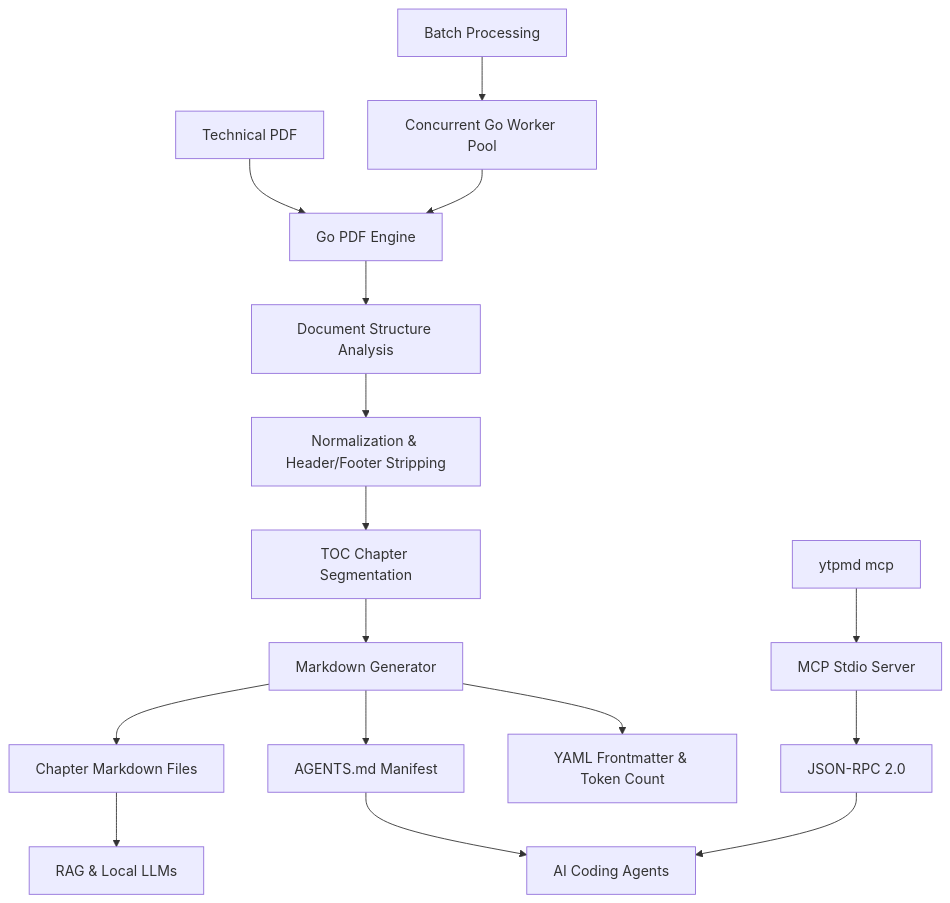
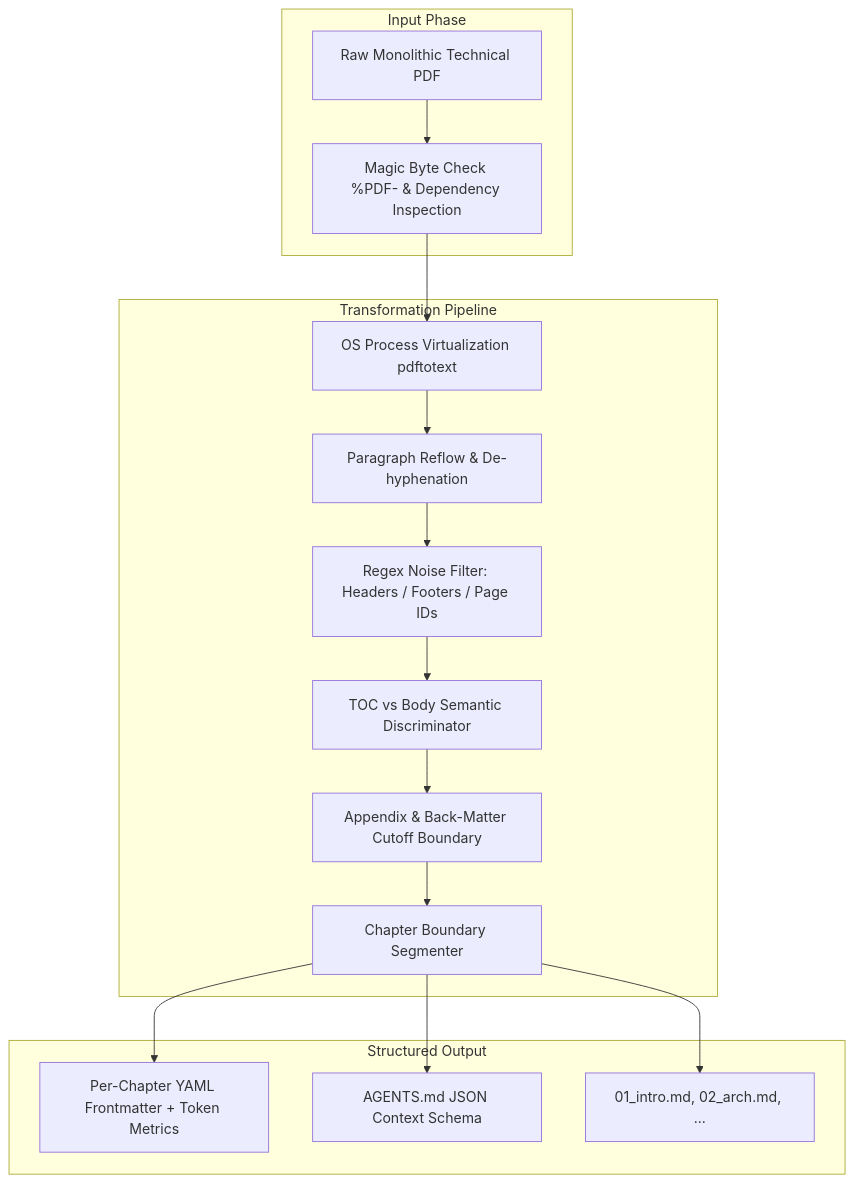
The diagram in content/projects/ytpmd.md (yahyaoncloud/yahyaoncloud-1), drawn with Mermaid before and after one commit. The commit also changed other lines of this file and 31 other files, not shown here.

````diff
--- a/content/projects/ytpmd.md
+++ b/content/projects/ytpmd.md
@@ -30,22 +43,33 @@
 ```mermaid
-graph TD
-    PDF[Technical PDF] --> Parser[Go PDF Engine]
-    Parser --> Structure[Document Structure Analysis]
-    Structure --> Cleanup[Normalization & Header/Footer Stripping]
-    Cleanup --> Chapters[TOC Chapter Segmentation]
-    Chapters --> Markdown[Markdown Generator]
+flowchart TD
+    subgraph Input Phase
+        PDF[Raw Monolithic Technical PDF]
+        PreFlight[Magic Byte Check %PDF- & Dependency Inspection]
+    end
 
-    Markdown --> Frontmatter[YAML Frontmatter & Token Count]
-    Markdown --> Manifest[AGENTS.md Manifest]
-    Markdown --> Docs[Chapter Markdown Files]
+    subgraph Transformation Pipeline
+        Extract[OS Process Virtualization pdftotext]
+        Reflow[Paragraph Reflow & De-hyphenation]
+        Noise[Regex Noise Filter: Headers / Footers / Page IDs]
+        TOC[TOC vs Body Semantic Discriminator]
+        Cutoff[Appendix & Back-Matter Cutoff Boundary]
+        Splitter[Chapter Boundary Segmenter]
+    end
 
-    Manifest --> Agents[AI Coding Agents]
-    Docs --> RAG[RAG & Local LLMs]
+    subgraph Structured Output
+        YAML[Per-Chapter YAML Frontmatter + Token Metrics]
+        Manifest[AGENTS.md JSON Context Schema]
+        Chapters[01_intro.md, 02_arch.md, ...]
+    end
 
-    MCP[ytpmd mcp] --> MCPServer[MCP Stdio Server]
-    MCPServer --> JSONRPC[JSON-RPC 2.0]
-    JSONRPC --> Agents
-
-    Batch[Batch Processing] --> Workers[Concurrent Go Worker Pool]
-    Workers --> Parser
+    PDF --> PreFlight
+    PreFlight --> Extract
+    Extract --> Reflow
+    Reflow --> Noise
+    Noise --> TOC
+    TOC --> Cutoff
+    Cutoff --> Splitter
+    Splitter --> YAML
+    Splitter --> Manifest
+    Splitter --> Chapters
 ```
````
